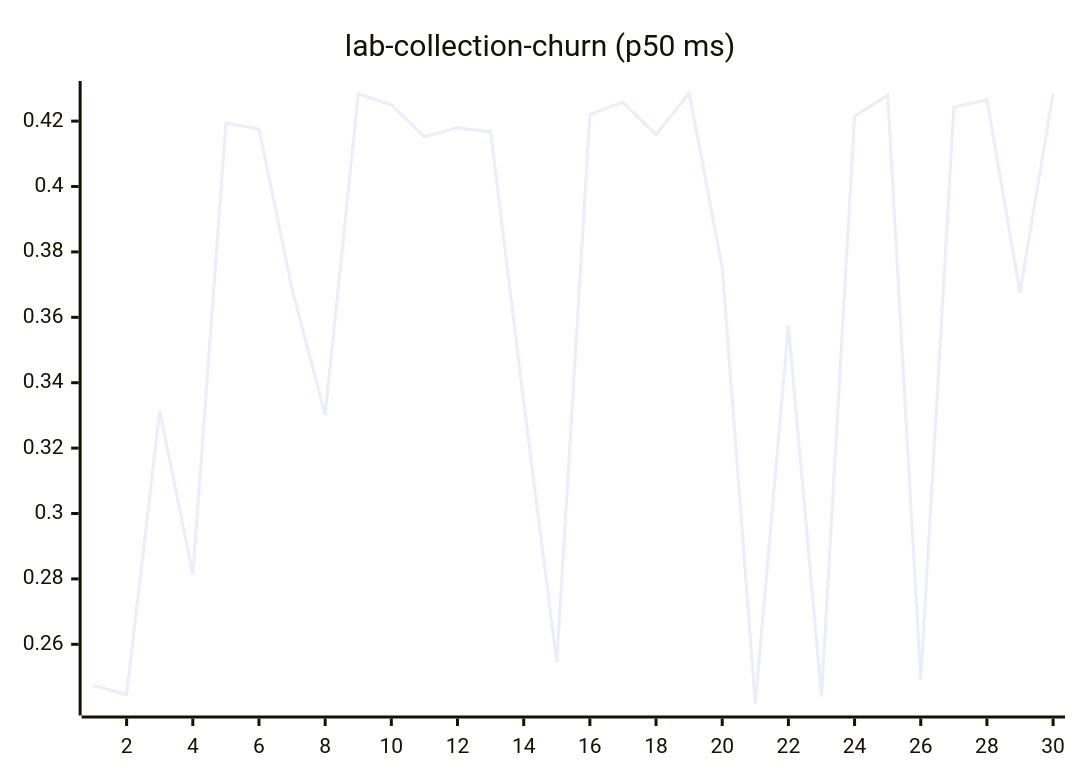
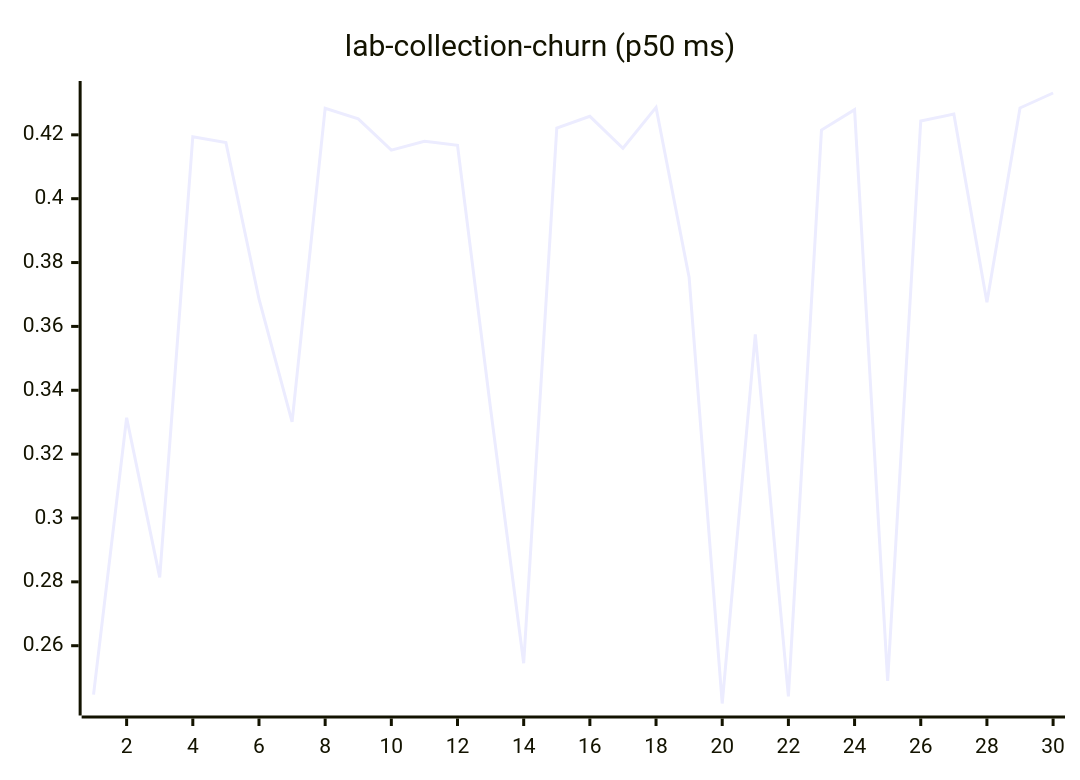
Diagram 11 of 27 in README.md (josha/Facet), drawn with Mermaid before and after one commit. The commit also changed other lines of this file and 2 other files, not shown here.

````diff
--- a/README.md
+++ b/README.md
@@ -133,6 +133,6 @@
 ```mermaid
 xychart-beta
     title "lab-collection-churn (p50 ms)"
     x-axis 1 --> 30
-    line [0.2474, 0.2447, 0.3314, 0.2814, 0.4194, 0.4176, 0.3686, 0.3301, 0.4283, 0.4250, 0.4152, 0.4180, 0.4167, 0.3342, 0.2545, 0.4221, 0.4258, 0.4158, 0.4286, 0.3753, 0.2419, 0.3575, 0.2441, 0.4215, 0.4279, 0.2490, 0.4243, 0.4265, 0.3676, 0.4284]
+    line [0.2447, 0.3314, 0.2814, 0.4194, 0.4176, 0.3686, 0.3301, 0.4283, 0.4250, 0.4152, 0.4180, 0.4167, 0.3342, 0.2545, 0.4221, 0.4258, 0.4158, 0.4286, 0.3753, 0.2419, 0.3575, 0.2441, 0.4215, 0.4279, 0.2490, 0.4243, 0.4265, 0.3676, 0.4284, 0.4331]
 ```
````
